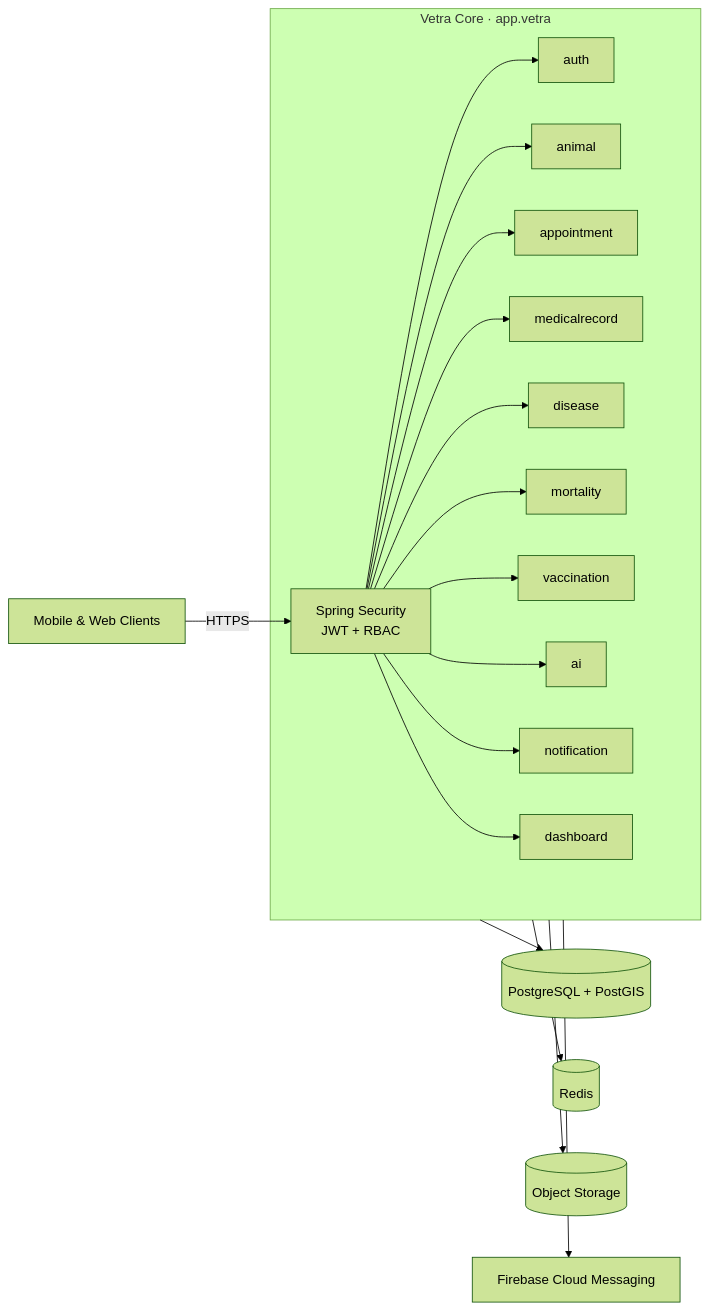
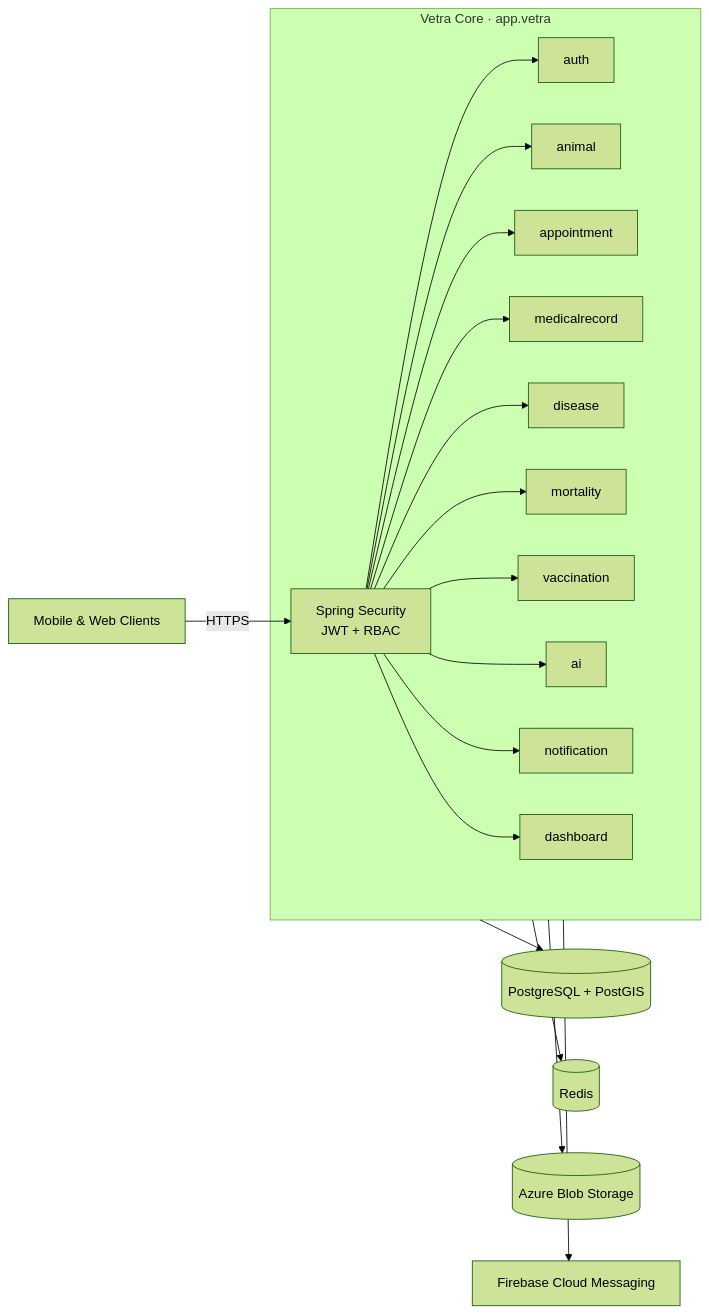
One commit to omrajput14/vetra-backend changed the first of 2 diagrams in README.md. Above: the diagram before and after it, drawn with Mermaid (forest theme). The commit also changed other lines of this file and 1 other file, not shown here.

Commit message:
docs: align README with Azure hosting and embed new architecture diagram

````diff
--- a/README.md
+++ b/README.md
@@ -51,15 +51,15 @@
 ```mermaid
 graph LR
     Client["Mobile & Web Clients"] -->|HTTPS| API["Spring Security<br/>JWT + RBAC"]
 
     subgraph Core ["Vetra Core · app.vetra"]
         API --> auth & animal & appointment & medicalrecord
         API --> disease & mortality & vaccination
         API --> ai & notification & dashboard
     end
 
     Core --> PG[("PostgreSQL + PostGIS")]
     Core --> RD[("Redis")]
-    Core --> S3[("Object Storage")]
+    Core --> Blob[("Azure Blob Storage")]
     Core --> FCM["Firebase Cloud Messaging"]
 ```
````
